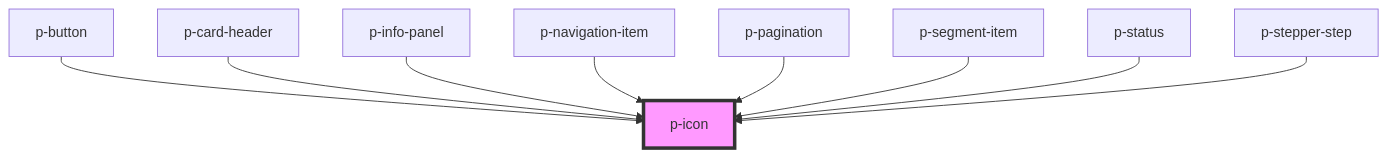
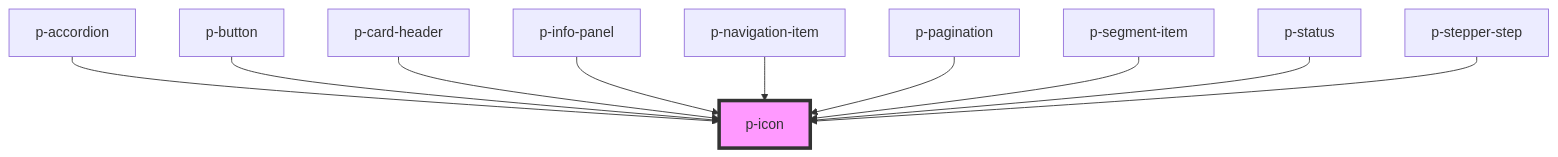
The diagram in packages/core/src/components/atoms/icon/readme.md (Employes/paperless), drawn with Mermaid before and after one commit. The commit also changed other lines of this file and 10 other files, not shown here.

````diff
--- a/packages/core/src/components/atoms/icon/readme.md
+++ b/packages/core/src/components/atoms/icon/readme.md
@@ -36,12 +37,13 @@
 ```mermaid
 graph TD;
+  p-accordion --> p-icon
   p-button --> p-icon
   p-card-header --> p-icon
   p-info-panel --> p-icon
   p-navigation-item --> p-icon
   p-pagination --> p-icon
   p-segment-item --> p-icon
   p-status --> p-icon
   p-stepper-step --> p-icon
   style p-icon fill:#f9f,stroke:#333,stroke-width:4px
 ```
````
